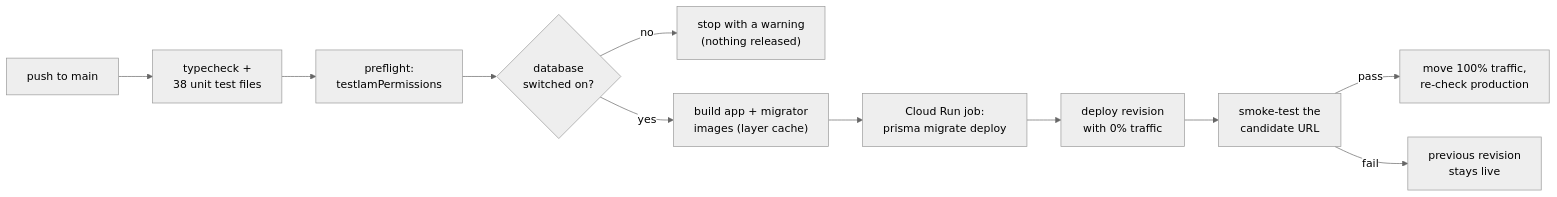
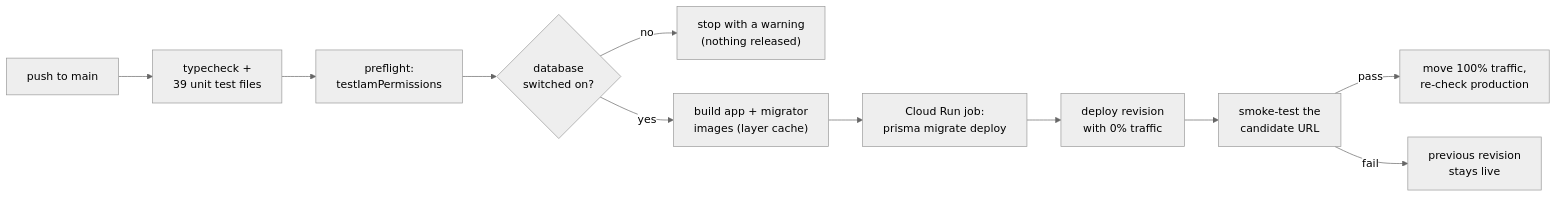
Before and after one commit to baldan555/gatherinsight-platform: the second of 2 diagrams in README.md, drawn with Mermaid (neutral theme). The commit also changed 2 other files, not shown here.

Commit message:
Mirror: response trend tests added to the app's unit tests

````diff
--- a/README.md
+++ b/README.md
@@ -64,13 +64,13 @@
 ```mermaid
 flowchart LR
-  push["push to main"] --> verify["typecheck +<br/>38 unit test files"]
+  push["push to main"] --> verify["typecheck +<br/>39 unit test files"]
   verify --> pre["preflight:<br/>testIamPermissions"]
   pre --> db{"database<br/>switched on?"}
   db -->|no| skip["stop with a warning<br/>(nothing released)"]
   db -->|yes| build["build app + migrator<br/>images (layer cache)"]
   build --> mig["Cloud Run job:<br/>prisma migrate deploy"]
   mig --> cand["deploy revision<br/>with 0% traffic"]
   cand --> smoke["smoke-test the<br/>candidate URL"]
   smoke -->|pass| promote["move 100% traffic,<br/>re-check production"]
   smoke -->|fail| keep["previous revision<br/>stays live"]
 ```
````
